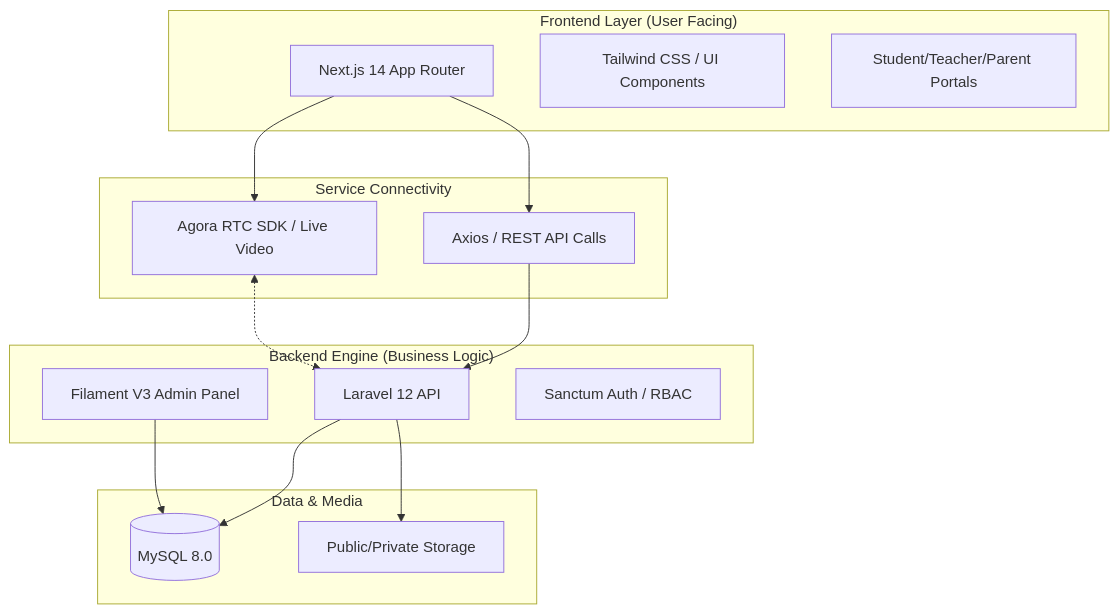
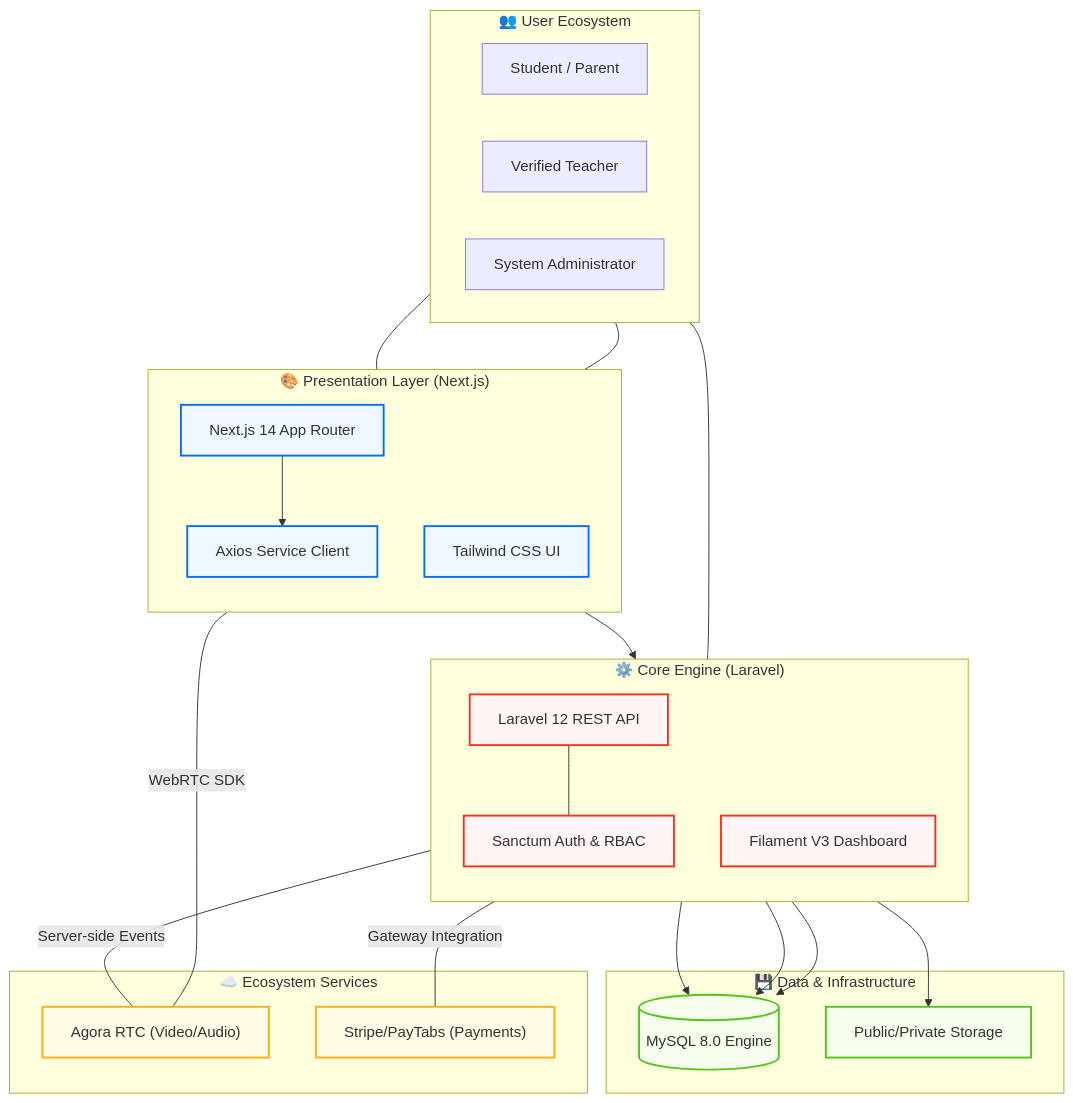
One commit to Ammar-1993/Taj-Platform changed the diagram in README.md. Above: the diagram before and after it, drawn with Mermaid.

Commit message:
docs: update architecture diagram in README to reflect current ecosystem services and interactions

````diff
--- a/README.md
+++ b/README.md
@@ -49,33 +49,61 @@
 ```mermaid
-graph TD
-    subgraph "Frontend Layer (User Facing)"
-        NJ[Next.js 14 App Router]
-        TW[Tailwind CSS / UI Components]
-        SC[Student/Teacher/Parent Portals]
+graph TB
+    subgraph Users ["👥 User Ecosystem"]
+        direction LR
+        U1["Student / Parent"]
+        U2["Verified Teacher"]
+        A1["System Administrator"]
     end
 
-    subgraph "Service Connectivity"
-        AX[Axios / REST API Calls]
-        AG[Agora RTC SDK / Live Video]
+    subgraph Frontend ["🎨 Presentation Layer (Next.js)"]
+        direction TB
+        NP["Next.js 14 App Router"]
+        TW["Tailwind CSS UI"]
+        AS["Axios Service Client"]
     end
 
-    subgraph "Backend Engine (Business Logic)"
-        LV[Laravel 12 API]
-        FL[Filament V3 Admin Panel]
-        SM[Sanctum Auth / RBAC]
+    subgraph Backend ["⚙️ Core Engine (Laravel)"]
+        direction TB
+        API["Laravel 12 REST API"]
+        FIL["Filament V3 Dashboard"]
+        SEC["Sanctum Auth & RBAC"]
     end
 
-    subgraph "Data & Media"
-        DB[(MySQL 8.0)]
-        ST[Public/Private Storage]
+    subgraph Infra ["💾 Data & Infrastructure"]
+        DB[("MySQL 8.0 Engine")]
+        S3["Public/Private Storage"]
     end
 
-    %% Flow Connections
-    NJ --> AX
-    AX --> LV
-    NJ --> AG
-    AG <-.-> LV
-    LV --> DB
-    LV --> ST
-    FL --> DB
+    subgraph Cloud ["☁️ Ecosystem Services"]
+        AG["Agora RTC (Video/Audio)"]
+        STP["Stripe/PayTabs (Payments)"]
+    end
+
+    %% Interactions
+    U1 & U2 --- NP
+    A1 --- FIL
+    
+    NP --> AS
+    AS --> API
+    
+    API --- SEC
+    SEC --> DB
+    API --> DB
+    API --> S3
+    FIL --> DB
+    
+    NP -- "WebRTC SDK" --- AG
+    API -- "Server-side Events" --- AG
+    API -- "Gateway Integration" --- STP
+    
+    %% Styling
+    classDef frontend fill:#f0f7ff,stroke:#0070f3,stroke-width:2px;
+    classDef backend fill:#fff5f5,stroke:#ff2d20,stroke-width:2px;
+    classDef infra fill:#f6ffed,stroke:#52c41a,stroke-width:2px;
+    classDef cloud fill:#fffbe6,stroke:#faad14,stroke-width:2px;
+    
+    class NP,TW,AS frontend;
+    class API,FIL,SEC backend;
+    class DB,S3 infra;
+    class AG,STP cloud;
 ```
````
